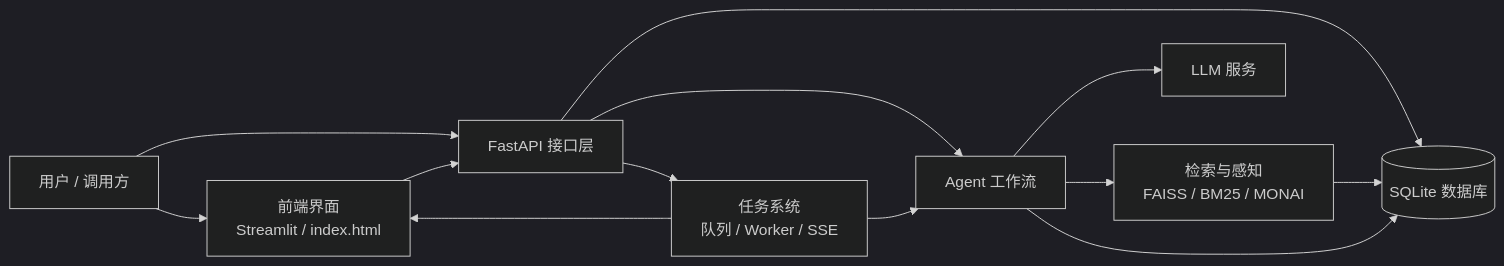
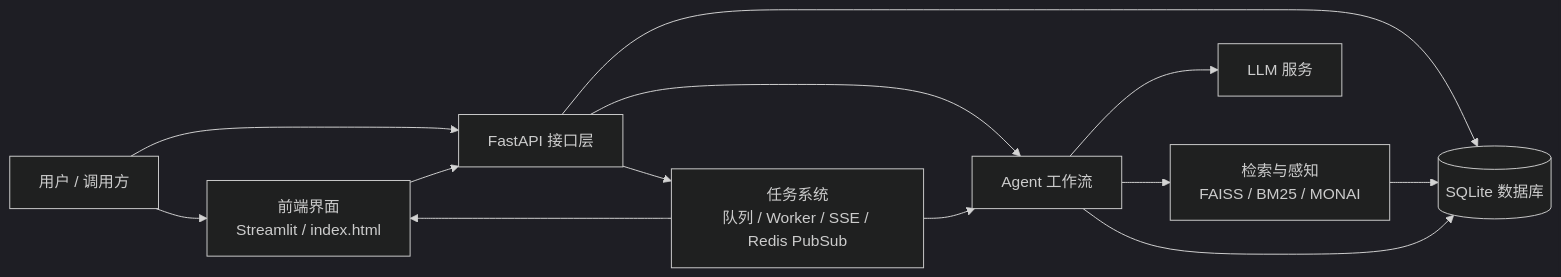
One commit to jiliguluhua/liver_rag changed the first of 8 diagrams in docs/backend_architecture.md. Above: the diagram before and after it, drawn with Mermaid (dark theme). The commit also changed other lines of this file, not shown here.

````diff
--- a/docs/backend_architecture.md
+++ b/docs/backend_architecture.md
@@ -3,24 +3,24 @@
 ```mermaid
 flowchart LR
     User[用户 / 调用方]
     Frontend[前端界面<br/>Streamlit / index.html]
     API[FastAPI 接口层]
-    TaskSystem[任务系统<br/>队列 / Worker / SSE]
+    TaskSystem[任务系统<br/>队列 / Worker / SSE / Redis PubSub]
     Agent[Agent 工作流]
     Reasoning[检索与感知<br/>FAISS / BM25 / MONAI]
     LLM[LLM 服务]
     DB[(SQLite 数据库)]
 
     User --> Frontend
     User --> API
     Frontend --> API
     API --> DB
     API --> TaskSystem
     API --> Agent
     TaskSystem --> Agent
     TaskSystem --> Frontend
     Agent --> Reasoning
     Agent --> LLM
     Reasoning --> DB
     Agent --> DB
 ```
````
